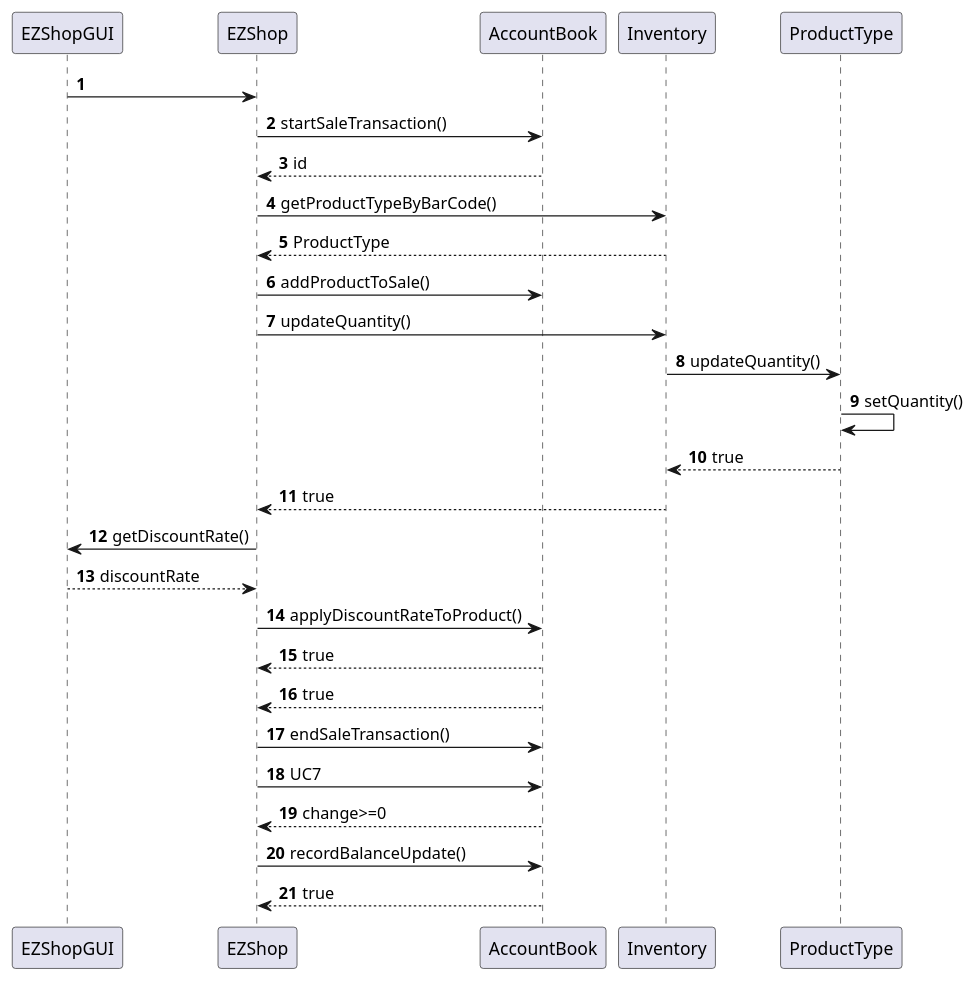
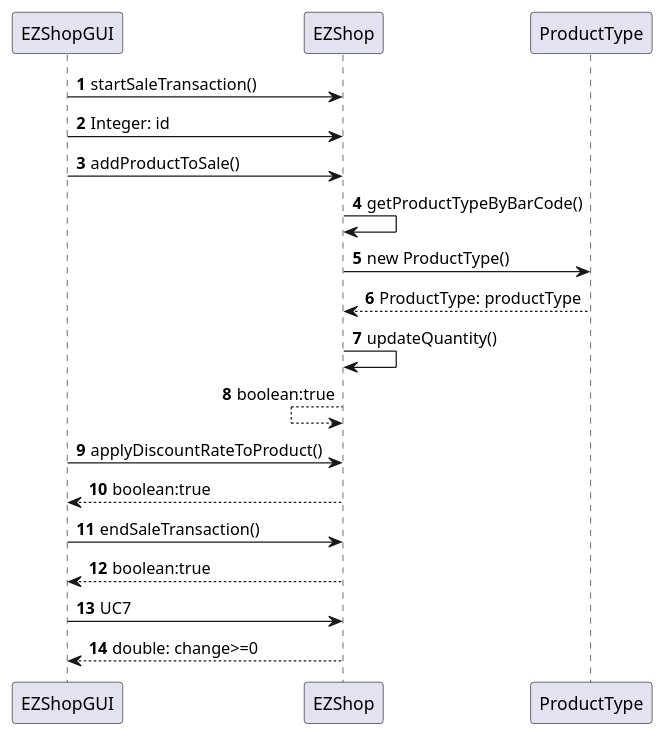
One commit to mkexc/ezshop changed diagram 16 of 22 in Deliverables/DesignDocument.md. Above: the diagram before and after it, drawn with PlantUML. The commit also changed other lines of this file and 3 other files, not shown here.

````diff
--- a/Deliverables/DesignDocument.md
+++ b/Deliverables/DesignDocument.md
@@ -455,26 +417,19 @@
 ```plantuml
 @startuml
 autonumber
-EZShopGUI -> EZShop
-EZShop -> AccountBook : startSaleTransaction()
-EZShop <-- AccountBook : id
-EZShop -> Inventory : getProductTypeByBarCode()
-EZShop <-- Inventory : ProductType
-EZShop -> AccountBook : addProductToSale()
-EZShop -> Inventory : updateQuantity()
-Inventory -> ProductType : updateQuantity()
-ProductType -> ProductType : setQuantity()
-Inventory <-- ProductType : true
-EZShop <-- Inventory : true
-EZShopGUI <- EZShop : getDiscountRate()
-EZShopGUI --> EZShop : discountRate
-EZShop -> AccountBook: applyDiscountRateToProduct()
-EZShop <-- AccountBook: true
-EZShop <-- AccountBook : true
-EZShop -> AccountBook : endSaleTransaction()
-EZShop -> AccountBook : UC7
-EZShop <-- AccountBook : change>=0
-EZShop -> AccountBook : recordBalanceUpdate()
-EZShop <-- AccountBook : true
+EZShopGUI -> EZShop : startSaleTransaction()
+EZShopGUI -> EZShop : Integer: id
+EZShopGUI -> EZShop : addProductToSale()
+EZShop -> EZShop : getProductTypeByBarCode()
+EZShop -> ProductType : new ProductType()
+EZShop <-- ProductType : ProductType: productType
+EZShop -> EZShop : updateQuantity()
+EZShop <-- EZShop : boolean:true
+EZShopGUI -> EZShop : applyDiscountRateToProduct()
+EZShopGUI <-- EZShop : boolean:true
+EZShopGUI -> EZShop : endSaleTransaction()
+EZShopGUI <-- EZShop : boolean:true
+EZShopGUI -> EZShop : UC7
+EZShopGUI <-- EZShop : double: change>=0
 @enduml
 ```
````
